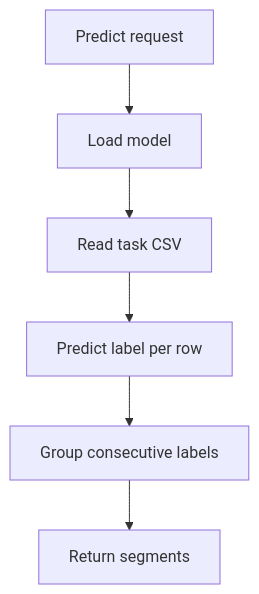
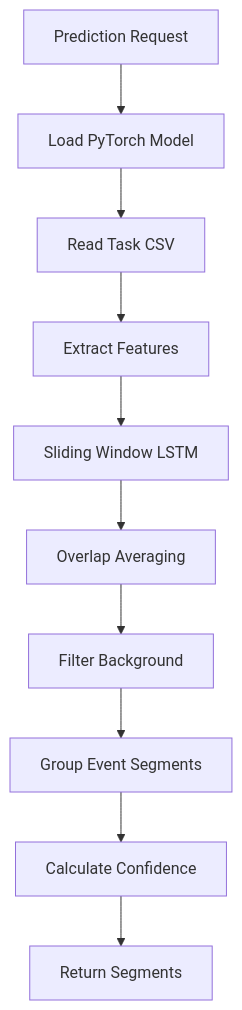
Before and after one commit to HumanSignal/label-studio-ml-backend: the second of 2 diagrams in label_studio_ml/examples/timeseries_segmenter/README.md, drawn with Mermaid. The commit also changed other lines of this file and 2 other files, not shown here.

````diff
--- a/label_studio_ml/examples/timeseries_segmenter/README.md
+++ b/label_studio_ml/examples/timeseries_segmenter/README.md
@@ -91,8 +136,12 @@
 ```mermaid
 flowchart TD
-  T[Predict request] --> U[Load model]
-  U --> V[Read task CSV]
-  V --> W[Predict label per row]
-  W --> X[Group consecutive labels]
-  X --> Y[Return segments]
+  T[Prediction Request] --> U[Load PyTorch Model]
+  U --> V[Read Task CSV]
+  V --> W[Extract Features]
+  W --> X[Sliding Window LSTM]
+  X --> Y[Overlap Averaging]
+  Y --> Z[Filter Background]
+  Z --> AA[Group Event Segments]
+  AA --> BB[Calculate Confidence]
+  BB --> CC[Return Segments]
 ```
````
